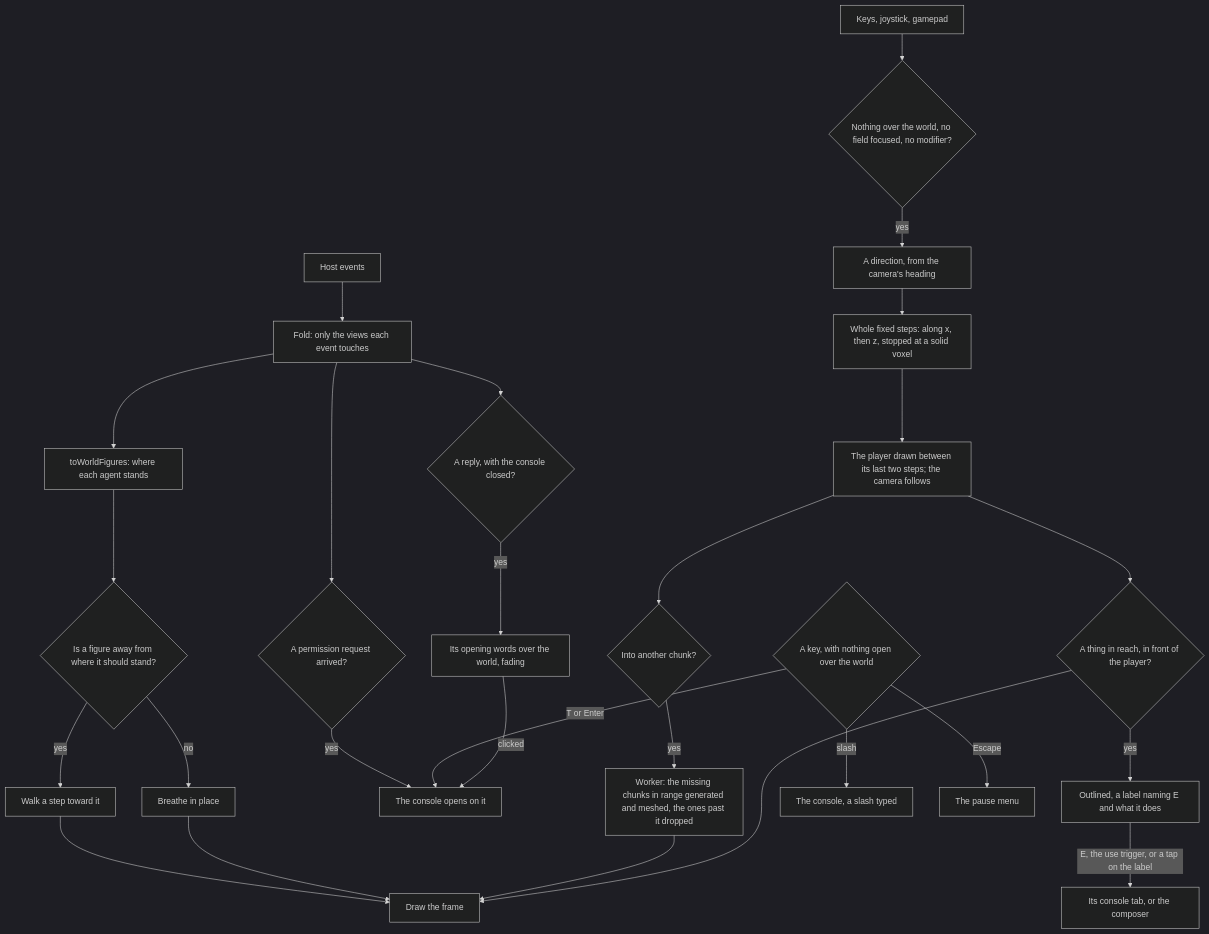
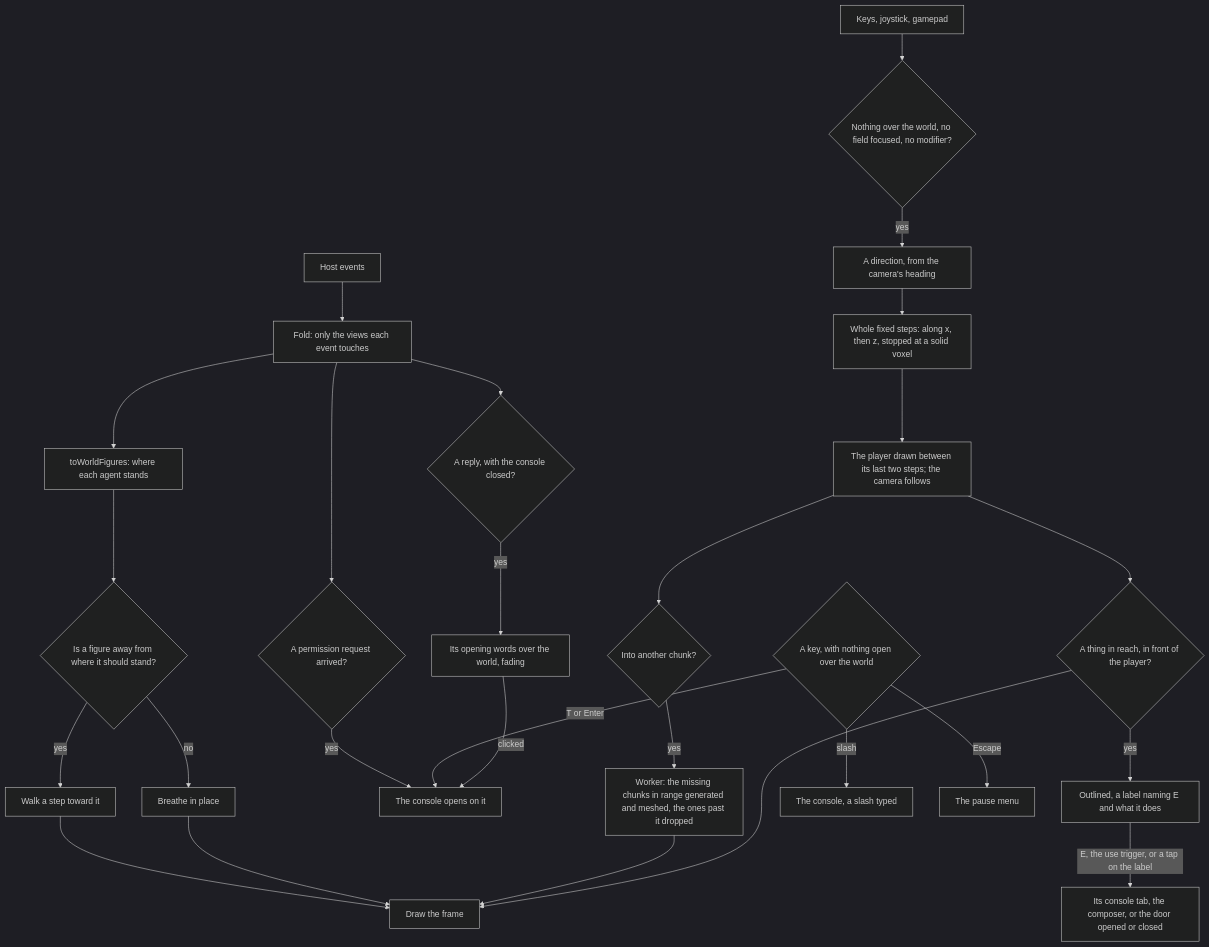
Before and after one commit to Esposter/Esposter: the diagram in apps/web/content/docs/infra/claude-interface/agent-console/voxel-world.md, drawn with Mermaid (dark theme). The commit also changed other lines of this file and 12 other files, not shown here.

First line of the commit message:
feat(agent-console): the room is walled in, with a door the player opens and closes

````diff
--- a/apps/web/content/docs/infra/claude-interface/agent-console/voxel-world.md
+++ b/apps/web/content/docs/infra/claude-interface/agent-console/voxel-world.md
@@ -12,29 +12,29 @@
 ```mermaid
 flowchart TD
   H[Host events] --> F[Fold: only the views each event touches]
   F --> M[toWorldFigures: where each agent stands]
   M --> W{Is a figure away from where it should stand?}
   W -->|yes| A[Walk a step toward it]
   W -->|no| B[Breathe in place]
   A --> R[Draw the frame]
   B --> R
   F --> Q{A permission request arrived?}
   Q -->|yes| C[The console opens on it]
   F --> N{A reply, with the console closed?}
   N -->|yes| L[Its opening words over the world, fading]
   I[Keys, joystick, gamepad] --> G{Nothing over the world, no field focused, no modifier?}
   G -->|yes| D[A direction, from the camera's heading]
   D --> X[Whole fixed steps: along x, then z, stopped at a solid voxel]
   X --> Y[The player drawn between its last two steps; the camera follows]
   Y --> Z{A thing in reach, in front of the player?}
   Y --> CK{Into another chunk?}
   CK -->|yes| WK[Worker: the missing chunks in range generated and meshed, the ones past it dropped]
   WK --> R
   Z -->|yes| O[Outlined, a label naming E and what it does]
-  O -->|E, the use trigger, or a tap on the label| U[Its console tab, or the composer]
+  O -->|E, the use trigger, or a tap on the label| U[Its console tab, the composer, or the door opened or closed]
   Z --> R
   K{A key, with nothing open over the world} -->|T or Enter| C
   K -->|slash| S[The console, a slash typed]
   K -->|Escape| P[The pause menu]
   L -->|clicked| C
 ```
````
